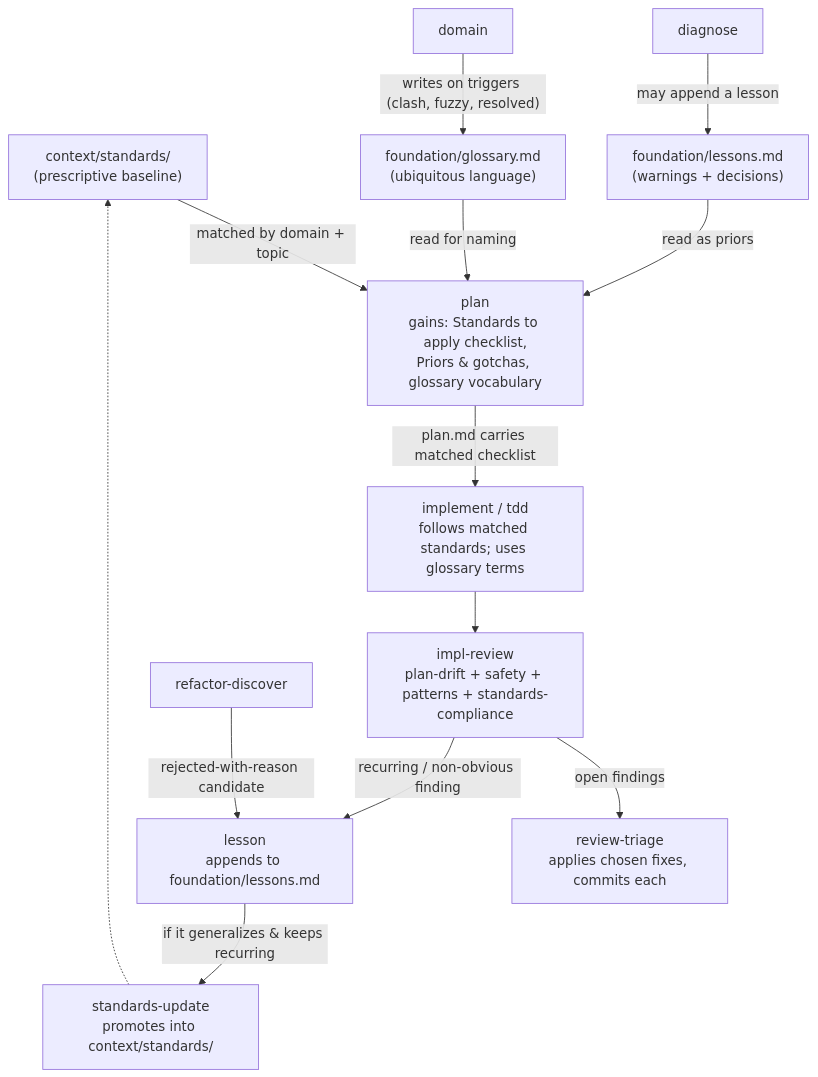
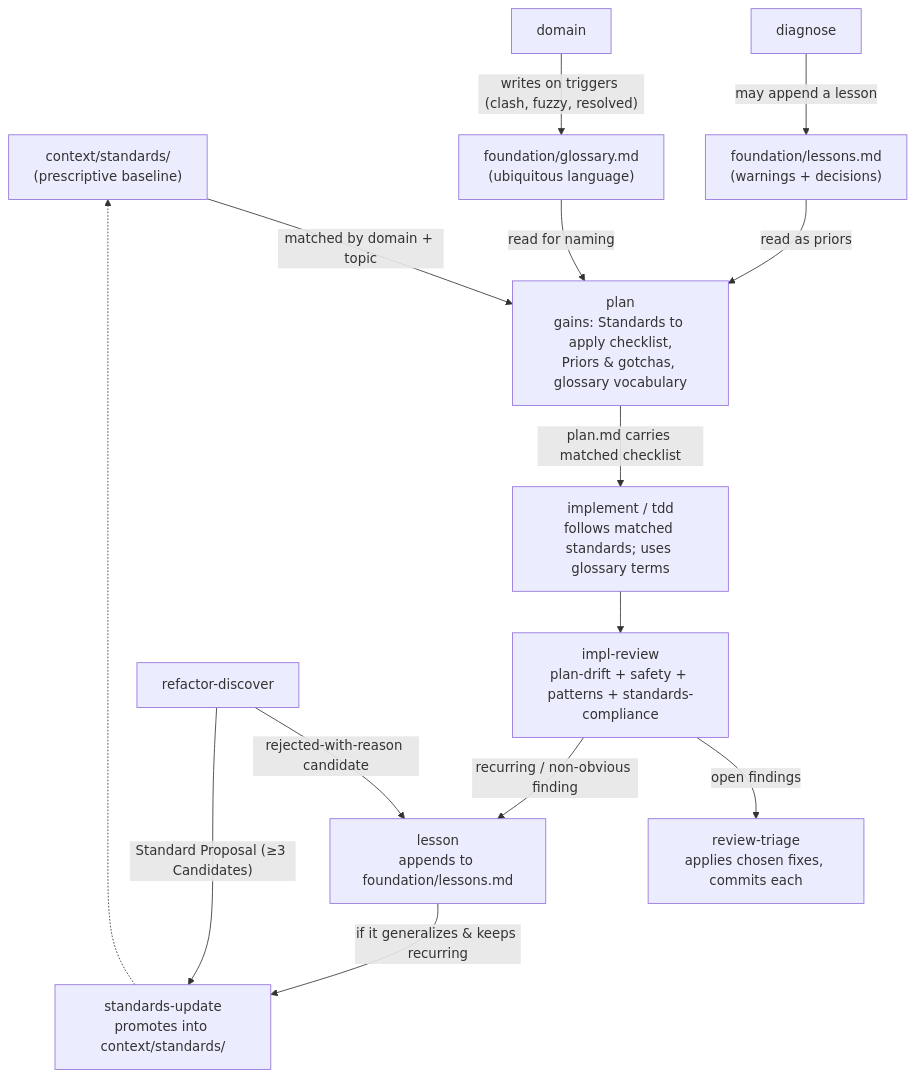
The diagram in DESIGN.md (dikamilo/dx-workflow), drawn with Mermaid before and after one commit. The commit also changed other lines of this file and 26 other files, not shown here.

````diff
--- a/DESIGN.md
+++ b/DESIGN.md
@@ -251,27 +251,28 @@
 ```mermaid
 flowchart TD
     standards["context/standards/<br/>(prescriptive baseline)"]
     lessons["foundation/lessons.md<br/>(warnings + decisions)"]
     glossary["foundation/glossary.md<br/>(ubiquitous language)"]
 
     plan["plan<br/>gains: Standards to apply checklist,<br/>Priors &amp; gotchas, glossary vocabulary"]
     implement["implement / tdd<br/>follows matched standards; uses glossary terms"]
     implreview["impl-review<br/>plan-drift + safety + patterns + standards-compliance"]
     triage["review-triage<br/>applies chosen fixes, commits each"]
     lesson["lesson<br/>appends to foundation/lessons.md"]
     standardsupdate["standards-update<br/>promotes into context/standards/"]
 
     standards -- "matched by domain + topic" --> plan
     lessons -- "read as priors" --> plan
     glossary -- "read for naming" --> plan
     plan -- "plan.md carries matched checklist" --> implement
     implement --> implreview
     implreview -- "open findings" --> triage
     implreview -- "recurring / non-obvious finding" --> lesson
     lesson -- "if it generalizes &amp; keeps recurring" --> standardsupdate
     standardsupdate -.-> standards
 
     diagnose["diagnose"] -- "may append a lesson" --> lessons
     refactordiscover["refactor-discover"] -- "rejected-with-reason candidate" --> lesson
+    refactordiscover -- "Standard Proposal (≥3 Candidates)" --> standardsupdate
     domain["domain"] -- "writes on triggers (clash, fuzzy, resolved)" --> glossary
 ```
````
